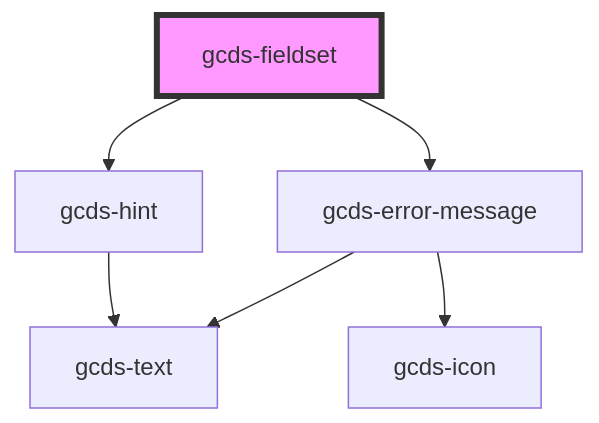
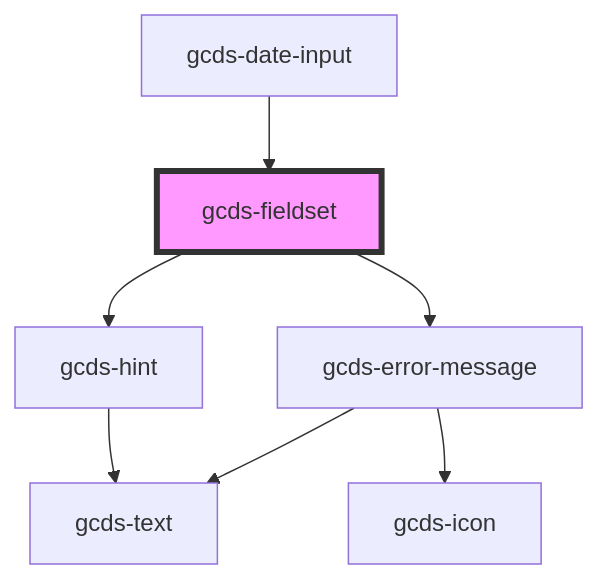
One commit to cds-snc/gcds-components changed the diagram in packages/web/src/components/gcds-fieldset/readme.md. Above: the diagram before and after it, drawn with Mermaid. The commit also changed other lines of this file and 34 other files, not shown here.

First line of the commit message:
feat: Add gcds-date-input component (#607)

````diff
--- a/packages/web/src/components/gcds-fieldset/readme.md
+++ b/packages/web/src/components/gcds-fieldset/readme.md
@@ -53,9 +57,10 @@
 ```mermaid
 graph TD;
   gcds-fieldset --> gcds-hint
   gcds-fieldset --> gcds-error-message
   gcds-hint --> gcds-text
   gcds-error-message --> gcds-text
   gcds-error-message --> gcds-icon
+  gcds-date-input --> gcds-fieldset
   style gcds-fieldset fill:#f9f,stroke:#333,stroke-width:4px
 ```
````
